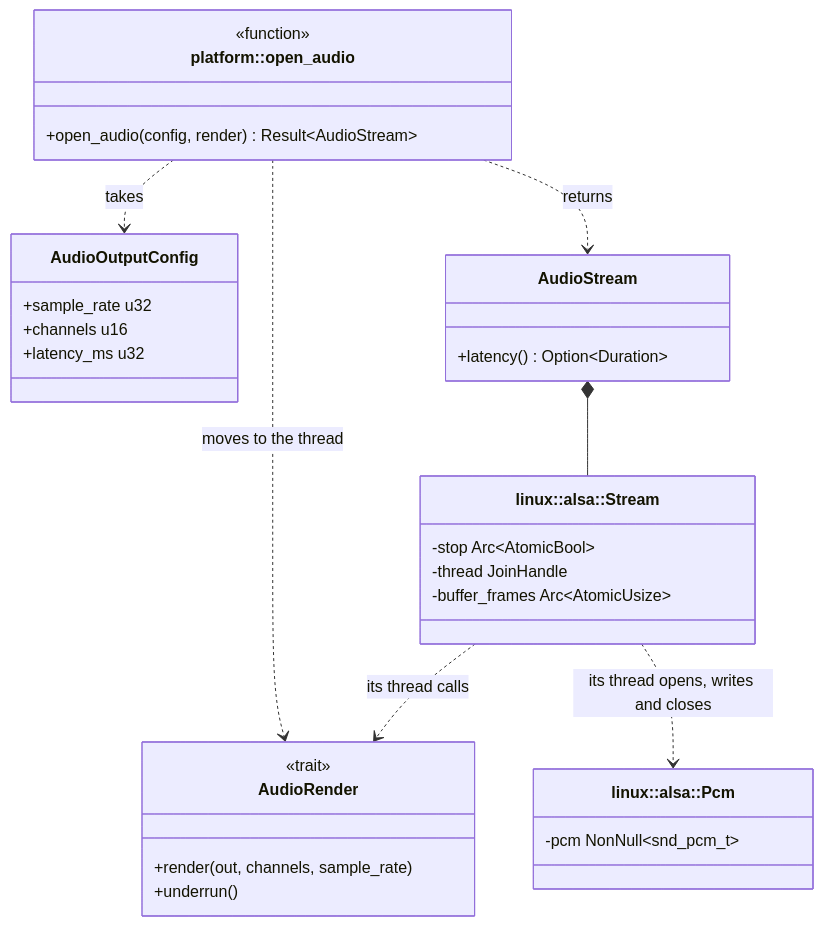
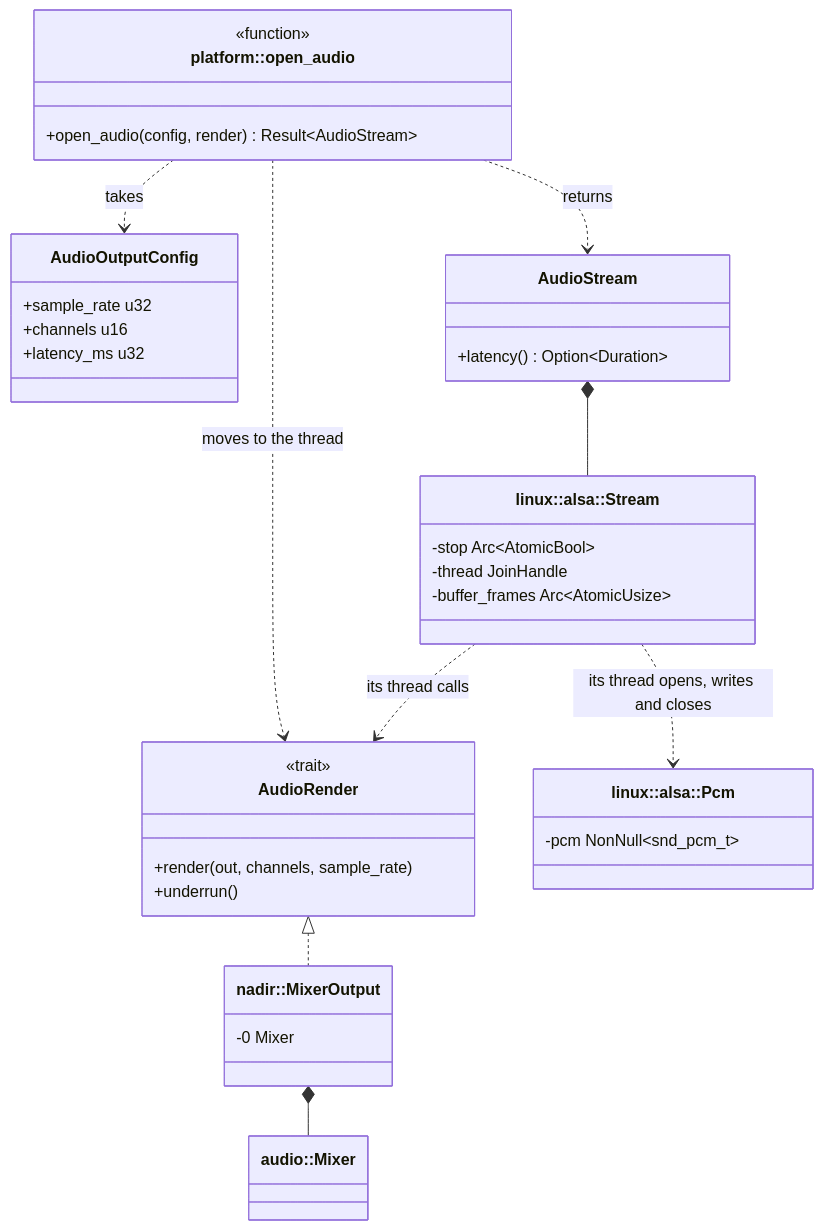
One commit to jabbott-iii/Nadir changed diagram 23 of 30 in diagrams/class-diagram.md. Above: the diagram before and after it, drawn with Mermaid. The commit also changed other lines of this file and 35 other files, not shown here.

````diff
--- a/diagrams/class-diagram.md
+++ b/diagrams/class-diagram.md
@@ -1771,35 +1773,41 @@
 ```mermaid
 classDiagram
     direction TB
     class open_audio["platform::open_audio"] {
         <<function>>
         +open_audio(config, render) Result~AudioStream~
     }
     class AudioOutputConfig {
         +sample_rate u32
         +channels u16
         +latency_ms u32
     }
     class AudioRender {
         <<trait>>
         +render(out, channels, sample_rate)
         +underrun()
     }
     class AudioStream {
         +latency() Option~Duration~
     }
     class Stream["linux::alsa::Stream"] {
         -stop Arc~AtomicBool~
         -thread JoinHandle
         -buffer_frames Arc~AtomicUsize~
     }
     class Pcm["linux::alsa::Pcm"] {
         -pcm NonNull~snd_pcm_t~
     }
+    class MixerOutput["nadir::MixerOutput"] {
+        -0 Mixer
+    }
+    class Mixer["audio::Mixer"]
     open_audio ..> AudioOutputConfig : takes
     open_audio ..> AudioRender : moves to the thread
     open_audio ..> AudioStream : returns
     AudioStream *-- Stream
     Stream ..> Pcm : its thread opens, writes and closes
     Stream ..> AudioRender : its thread calls
+    AudioRender <|.. MixerOutput
+    MixerOutput *-- Mixer
 ```
````
